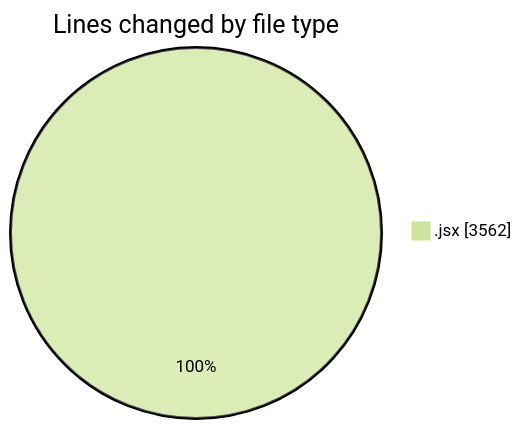
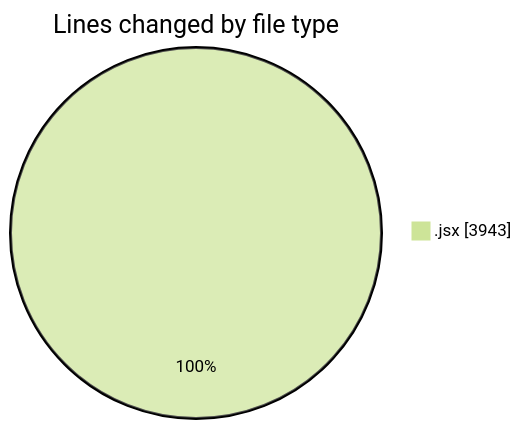
The first of 2 diagrams in 2025-05-14/argos-dev/README.md (nxtqubesakshisongat/code-tracking), drawn with Mermaid (forest theme) before and after one commit. The commit also changed other lines of this file and 1 other file, not shown here.

````diff
--- a/2025-05-14/argos-dev/README.md
+++ b/2025-05-14/argos-dev/README.md
@@ -25,5 +26,5 @@
 ```mermaid
 pie showData
 title Lines changed by file type
-".jsx" : 3562
+".jsx" : 3943
 ```
````
